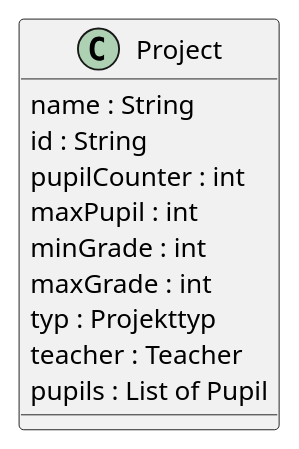
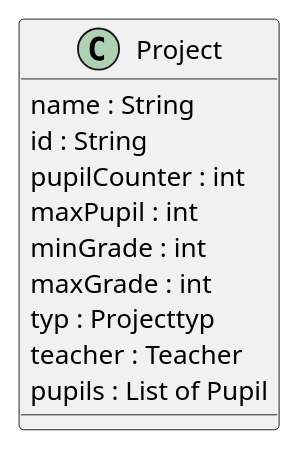
The diagram in docs/UML/project.iuml (JustKiddingCode/ASGProjekte), drawn with PlantUML before and after one commit. The commit also changed 2 other files, not shown here.

```diff
--- a/docs/UML/project.iuml
+++ b/docs/UML/project.iuml
@@ -1,12 +1,12 @@
 class Project {
 	name : String
 	id : String
 	pupilCounter : int
 	maxPupil : int
 	minGrade : int
 	maxGrade : int
-	typ : Projekttyp
+	typ : Projecttyp
 	teacher : Teacher
 	pupils : List of Pupil
 
 }
```
